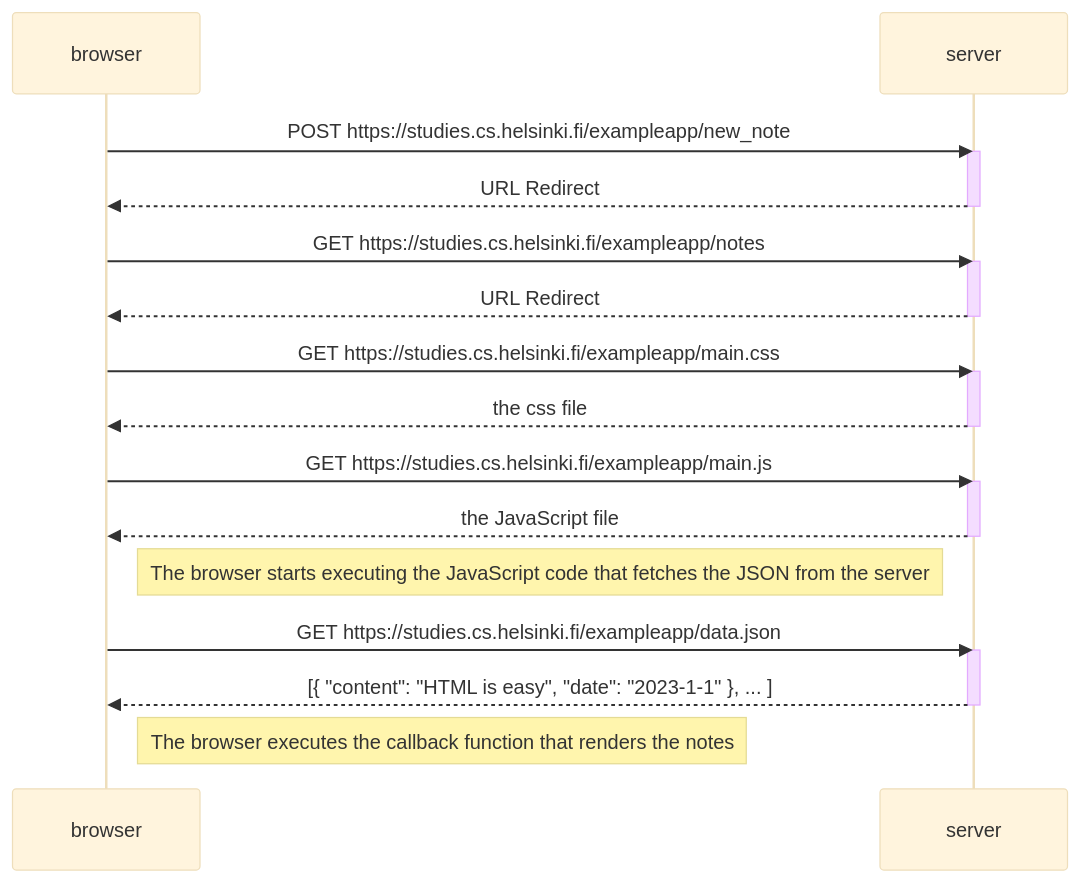
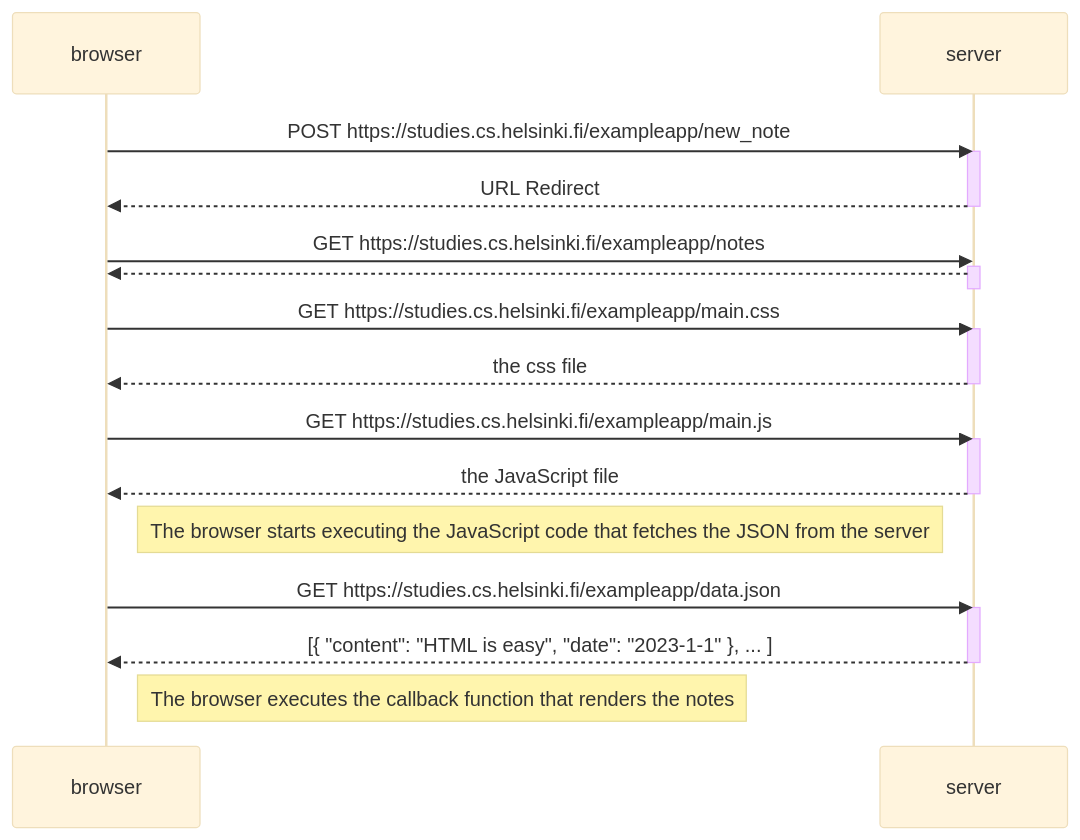
Before and after one commit to ConradPB/Exercises: the diagram in part0/exercise4.md, drawn with Mermaid (base theme).

````diff
--- a/part0/exercise4.md
+++ b/part0/exercise4.md
@@ -4,35 +4,35 @@
 ```mermaid
 
 sequenceDiagram
     participant browser
     participant server
 
     browser->>server: POST https://studies.cs.helsinki.fi/exampleapp/new_note
     activate server
     server-->>browser: URL Redirect
     deactivate server
 
     browser->>server: GET https://studies.cs.helsinki.fi/exampleapp/notes
     activate server
-    server-->>browser: URL Redirect
+    server-->>browser: 
     deactivate server
 
     browser->>server: GET https://studies.cs.helsinki.fi/exampleapp/main.css
     activate server
     server-->>browser: the css file
     deactivate server
 
     browser->>server: GET https://studies.cs.helsinki.fi/exampleapp/main.js
     activate server
     server-->>browser: the JavaScript file
     deactivate server
 
     Note right of browser: The browser starts executing the JavaScript code that fetches the JSON from the server
 
     browser->>server: GET https://studies.cs.helsinki.fi/exampleapp/data.json
     activate server
     server-->>browser: [{ "content": "HTML is easy", "date": "2023-1-1" }, ... ]
     deactivate server
 
     Note right of browser: The browser executes the callback function that renders the notes
 ```
````
